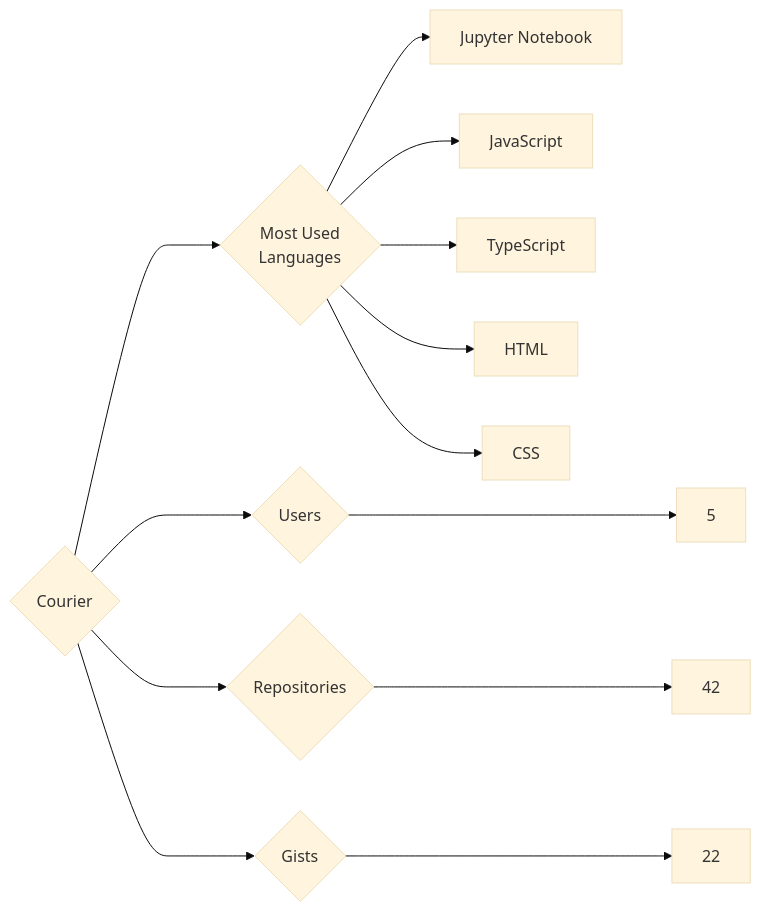
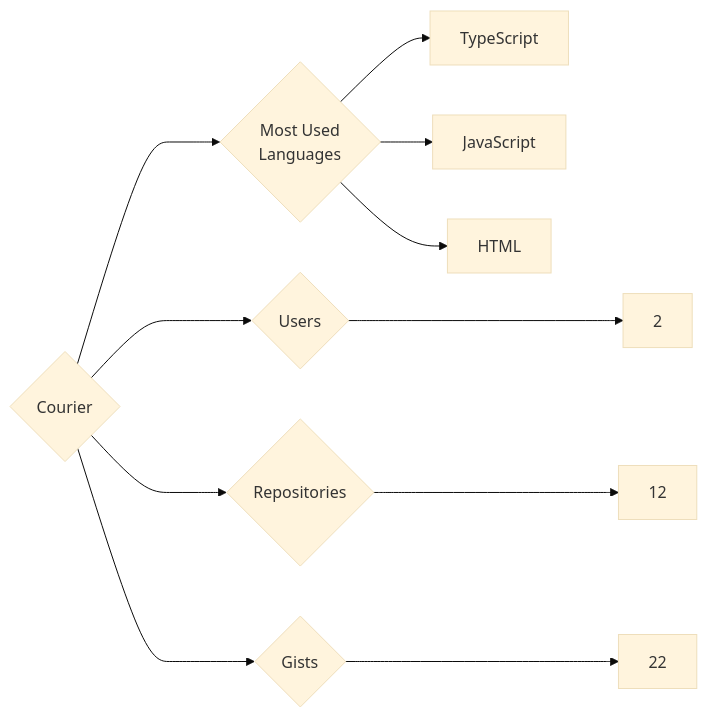
Before and after one commit to trickest/insiders: the diagram in targets/Courier/README.md, drawn with Mermaid (base theme). The commit also changed 1166 other files, not shown here.

````diff
--- a/targets/Courier/README.md
+++ b/targets/Courier/README.md
@@ -3,13 +3,11 @@
 ```mermaid
 graph LR
 COMPANY_NAME{Courier}
-COMPANY_NAME ---> U{Users} ---> UN[5]
-COMPANY_NAME ---> R{Repositories} ---> RN[42]
+COMPANY_NAME ---> U{Users} ---> UN[2]
+COMPANY_NAME ---> R{Repositories} ---> RN[12]
 COMPANY_NAME ---> G{Gists} ---> GN[22]
 COMPANY_NAME ---> ML{Most Used<br>Languages}
-ML --> Jupyter_Notebook[Jupyter Notebook]
+ML --> TypeScript[TypeScript]
 ML --> JavaScript[JavaScript]
-ML --> TypeScript[TypeScript]
 ML --> HTML[HTML]
-ML --> CSS[CSS]
 ```
````
